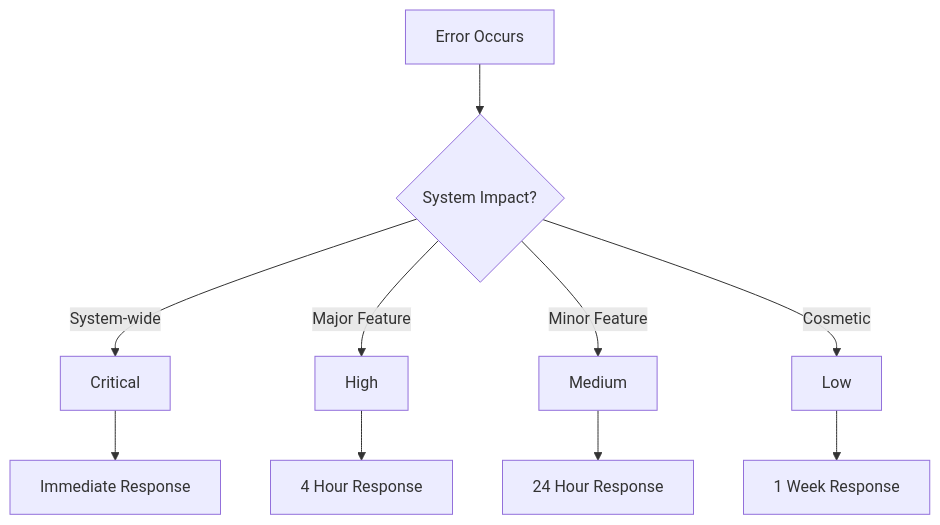
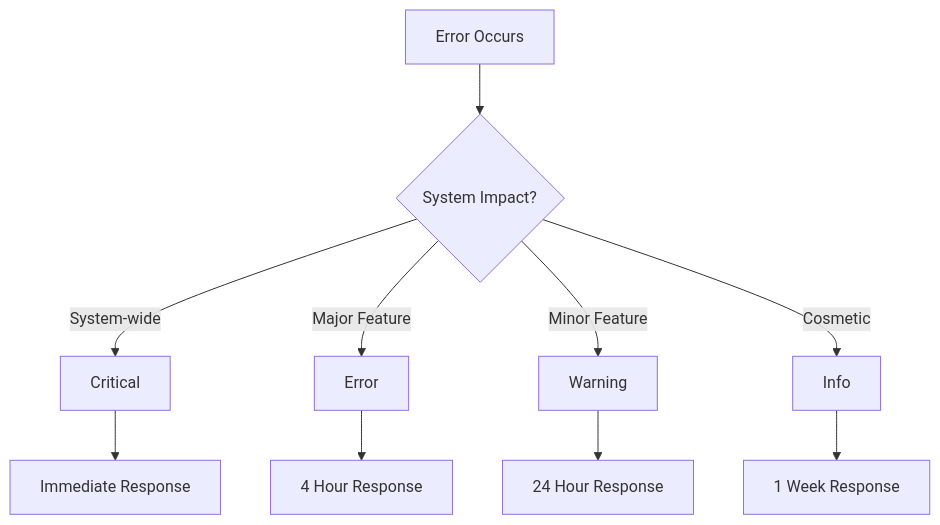
Before and after one commit to sabinadams/dewey: the diagram in .github/docs/api/error-severity.md, drawn with Mermaid. The commit also changed other lines of this file and 3 other files, not shown here.

````diff
--- a/.github/docs/api/error-severity.md
+++ b/.github/docs/api/error-severity.md
@@ -106,12 +124,12 @@
 ```mermaid
 graph TD
     A[Error Occurs] --> B{System Impact?}
     B -->|System-wide| C[Critical]
-    B -->|Major Feature| D[High]
-    B -->|Minor Feature| E[Medium]
-    B -->|Cosmetic| F[Low]
+    B -->|Major Feature| D[Error]
+    B -->|Minor Feature| E[Warning]
+    B -->|Cosmetic| F[Info]
     C --> G[Immediate Response]
     D --> H[4 Hour Response]
     E --> I[24 Hour Response]
     F --> J[1 Week Response]
 ```
````
